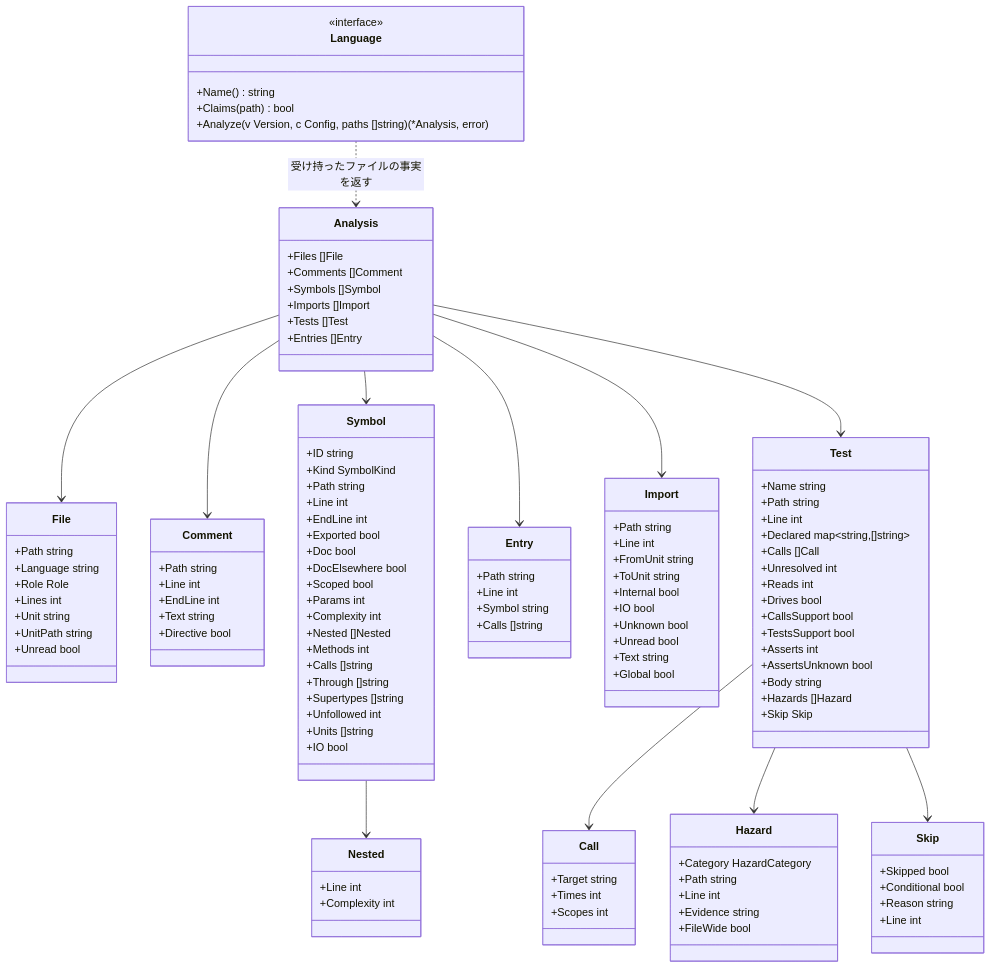
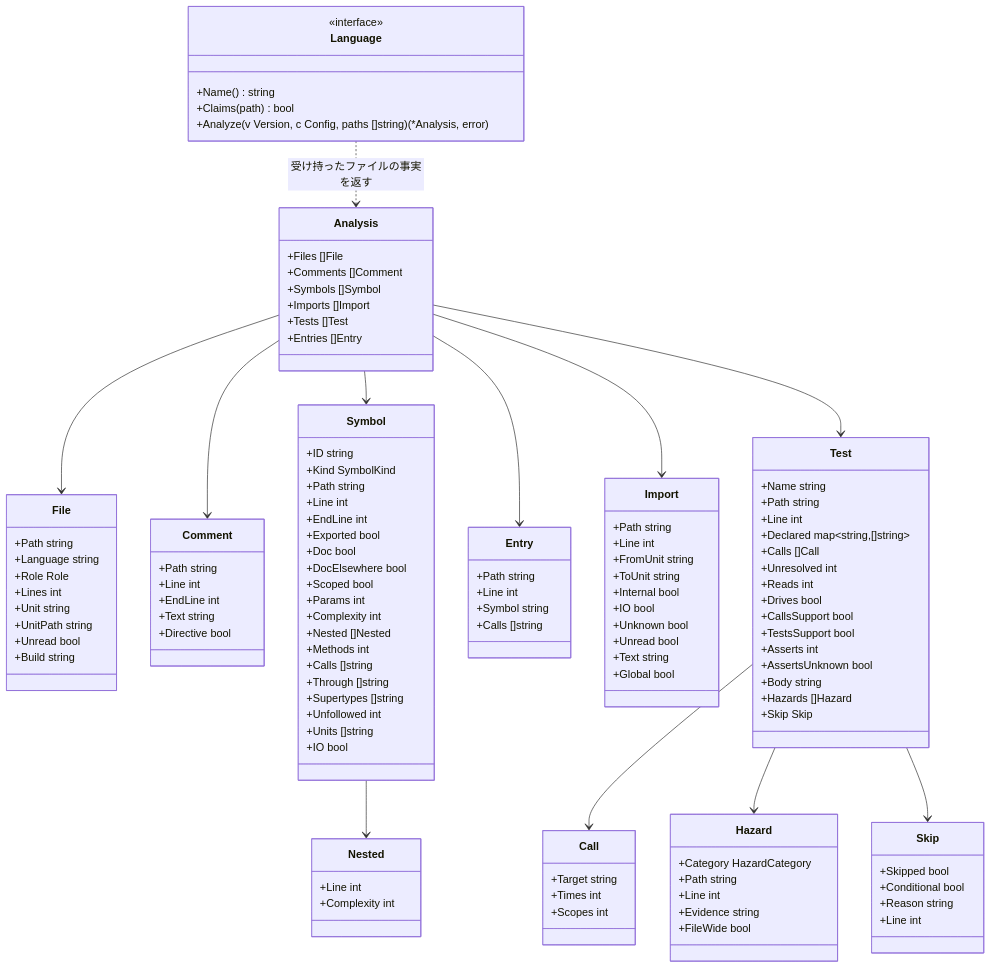
The diagram in docs/design/adapters.ja.md (rerorets/hadome), drawn with Mermaid before and after one commit. The commit also changed other lines of this file and 3 other files, not shown here.

```diff
--- a/docs/design/adapters.ja.md
+++ b/docs/design/adapters.ja.md
@@ -38,6 +38,7 @@
     +Unit string
     +UnitPath string
     +Unread bool
+    +Build string
   }
   class Comment {
     +Path string
```
